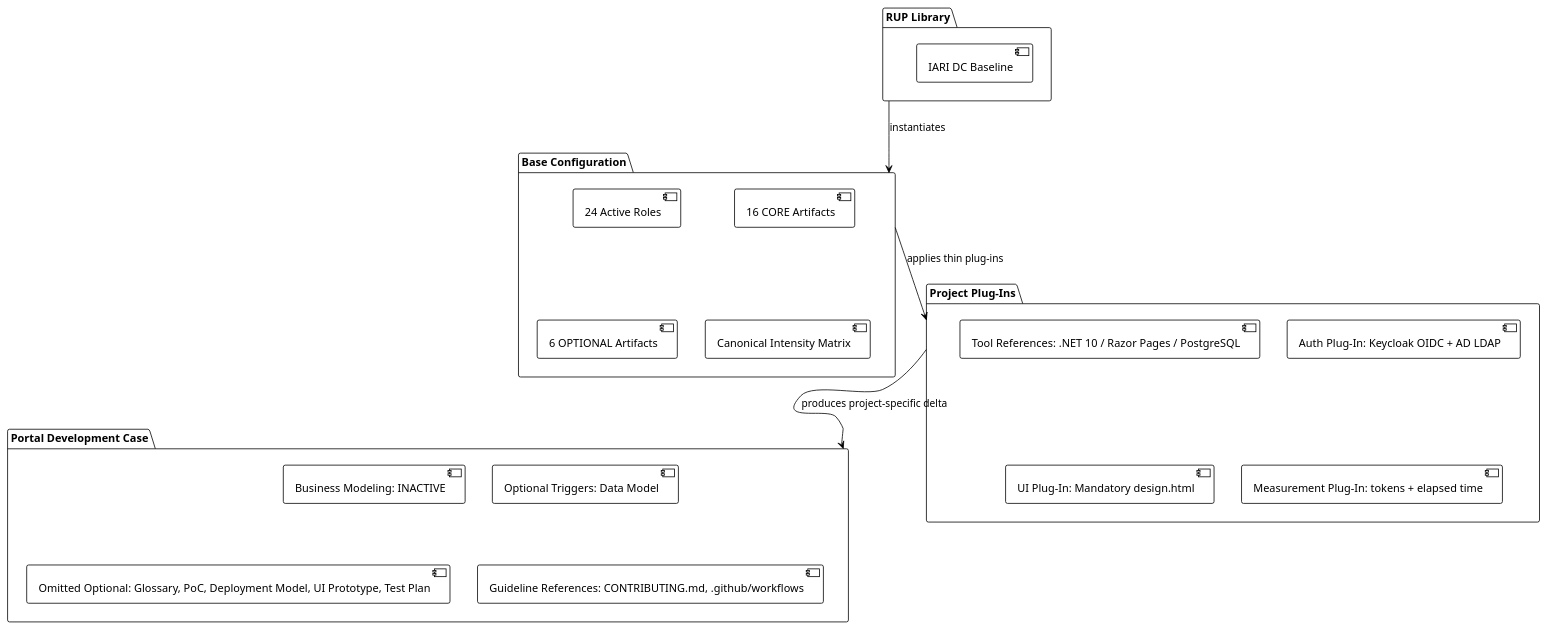
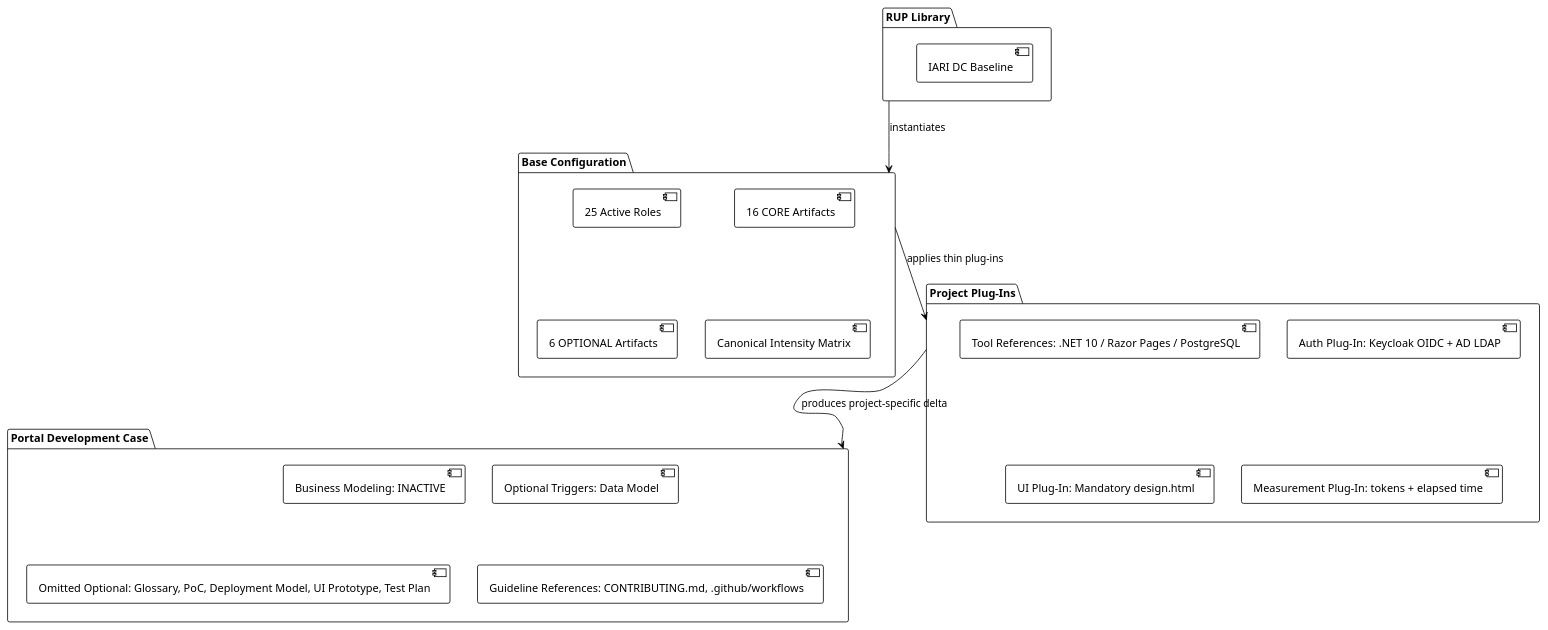
One commit to banense-test/portal changed the first of 6 diagrams in docs/artifacts/environment/development-case.md. Above: the diagram before and after it, drawn with PlantUML. The commit also changed other lines of this file, not shown here.

````diff
--- a/docs/artifacts/environment/development-case.md
+++ b/docs/artifacts/environment/development-case.md
@@ -32,34 +32,34 @@
 ```plantuml
 @startuml Portal_ProcessConfiguration
 !theme plain
 
 package "RUP Library" as RUP_LIB {
   [IARI DC Baseline]
 }
 
 package "Base Configuration" as BASE {
-  [24 Active Roles]
+  [25 Active Roles]
   [16 CORE Artifacts]
   [6 OPTIONAL Artifacts]
   [Canonical Intensity Matrix]
 }
 
 package "Project Plug-Ins" as PLUGINS {
   [Tool References: .NET 10 / Razor Pages / PostgreSQL]
   [Auth Plug-In: Keycloak OIDC + AD LDAP]
   [UI Plug-In: Mandatory design.html]
   [Measurement Plug-In: tokens + elapsed time]
 }
 
 package "Portal Development Case" as DC {
   [Business Modeling: INACTIVE]
   [Optional Triggers: Data Model]
   [Omitted Optional: Glossary, PoC, Deployment Model, UI Prototype, Test Plan]
   [Guideline References: CONTRIBUTING.md, .github/workflows]
 }
 
 RUP_LIB --> BASE : instantiates
 BASE --> PLUGINS : applies thin plug-ins
 PLUGINS --> DC : produces project-specific delta
 @enduml
 ```
````
